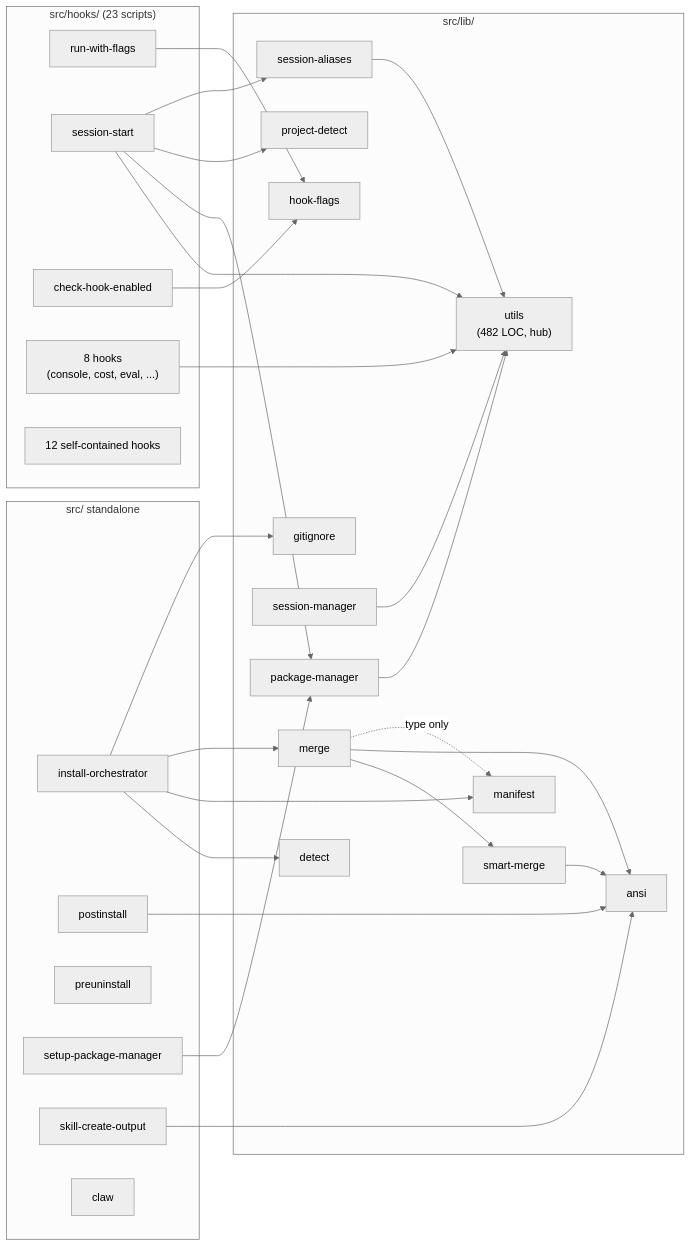
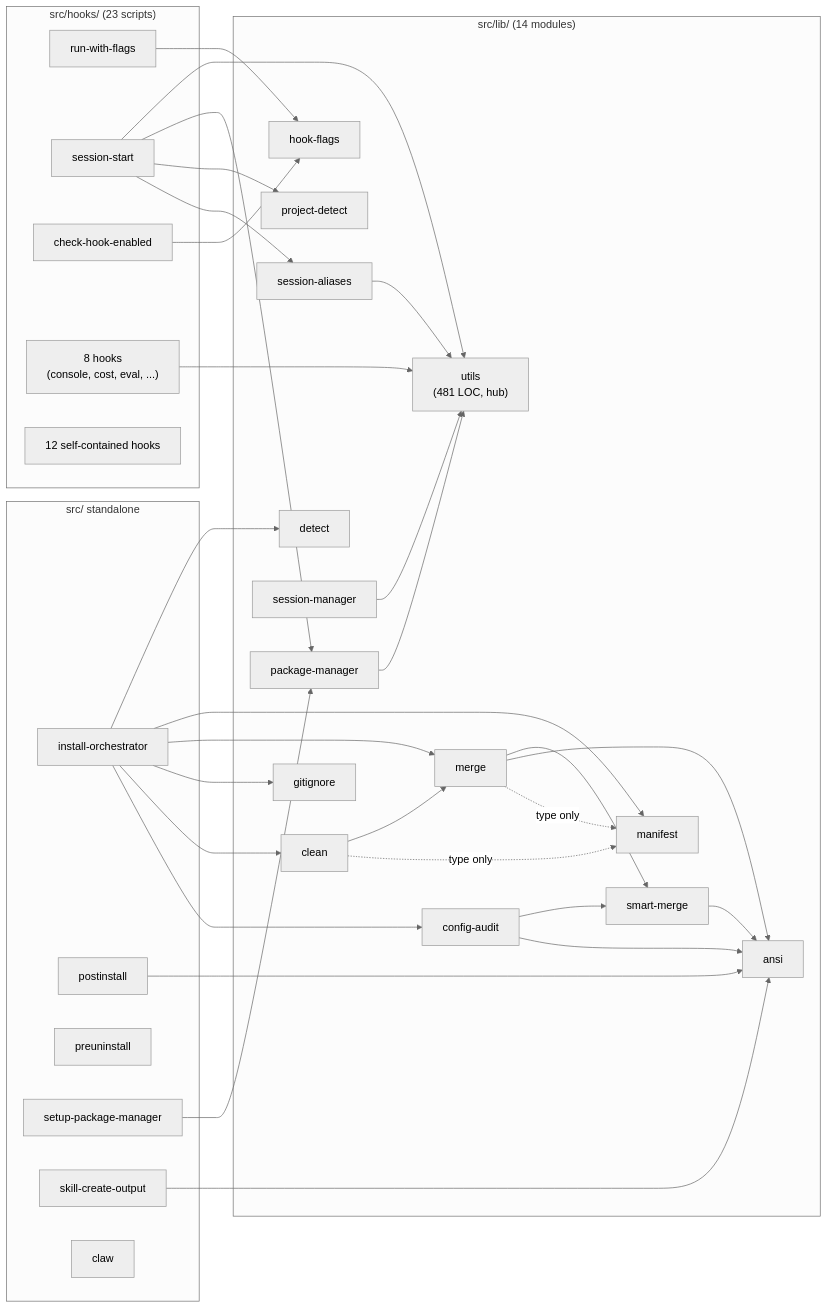
Before and after one commit to LEBOCQTitouan/everything-claude-code: the diagram in docs/diagrams/module-dependency-graph.md, drawn with Mermaid (neutral theme). The commit also changed other lines of this file and 14 other files, not shown here.

````diff
--- a/docs/diagrams/module-dependency-graph.md
+++ b/docs/diagrams/module-dependency-graph.md
@@ -7,58 +7,66 @@
 ```mermaid
 flowchart LR
-    subgraph lib["src/lib/"]
-        utils["utils<br/>(482 LOC, hub)"]
+    subgraph lib["src/lib/ (14 modules)"]
+        utils["utils<br/>(481 LOC, hub)"]
         ansi["ansi"]
         hookFlags["hook-flags"]
         detect["detect"]
         manifest["manifest"]
         gitignore["gitignore"]
         projectDetect["project-detect"]
         pkgMgr["package-manager"]
         sessionAliases["session-aliases"]
         sessionMgr["session-manager"]
         smartMerge["smart-merge"]
         merge["merge"]
+        clean["clean"]
+        configAudit["config-audit"]
     end
 
     subgraph hooks["src/hooks/ (23 scripts)"]
         runWithFlags["run-with-flags"]
         sessionStart["session-start"]
         checkEnabled["check-hook-enabled"]
         hooksUtils["8 hooks<br/>(console, cost, eval, ...)"]
         hooksSelf["12 self-contained hooks"]
     end
 
     subgraph standalone["src/ standalone"]
         orchestrator["install-orchestrator"]
         postinstall["postinstall"]
         preuninstall["preuninstall"]
         setupPm["setup-package-manager"]
         skillCreate["skill-create-output"]
         claw["claw"]
     end
 
     pkgMgr --> utils
     sessionAliases --> utils
     sessionMgr --> utils
     smartMerge --> ansi
     merge --> smartMerge
     merge --> ansi
     merge -.->|type only| manifest
+    clean --> merge
+    clean -.->|type only| manifest
+    configAudit --> smartMerge
+    configAudit --> ansi
 
     orchestrator --> detect
     orchestrator --> manifest
     orchestrator --> merge
     orchestrator --> gitignore
+    orchestrator --> clean
+    orchestrator --> configAudit
     postinstall --> ansi
     setupPm --> pkgMgr
     skillCreate --> ansi
 
     runWithFlags --> hookFlags
     checkEnabled --> hookFlags
     sessionStart --> utils
     sessionStart --> pkgMgr
     sessionStart --> projectDetect
     sessionStart --> sessionAliases
     hooksUtils --> utils
 ```
````
